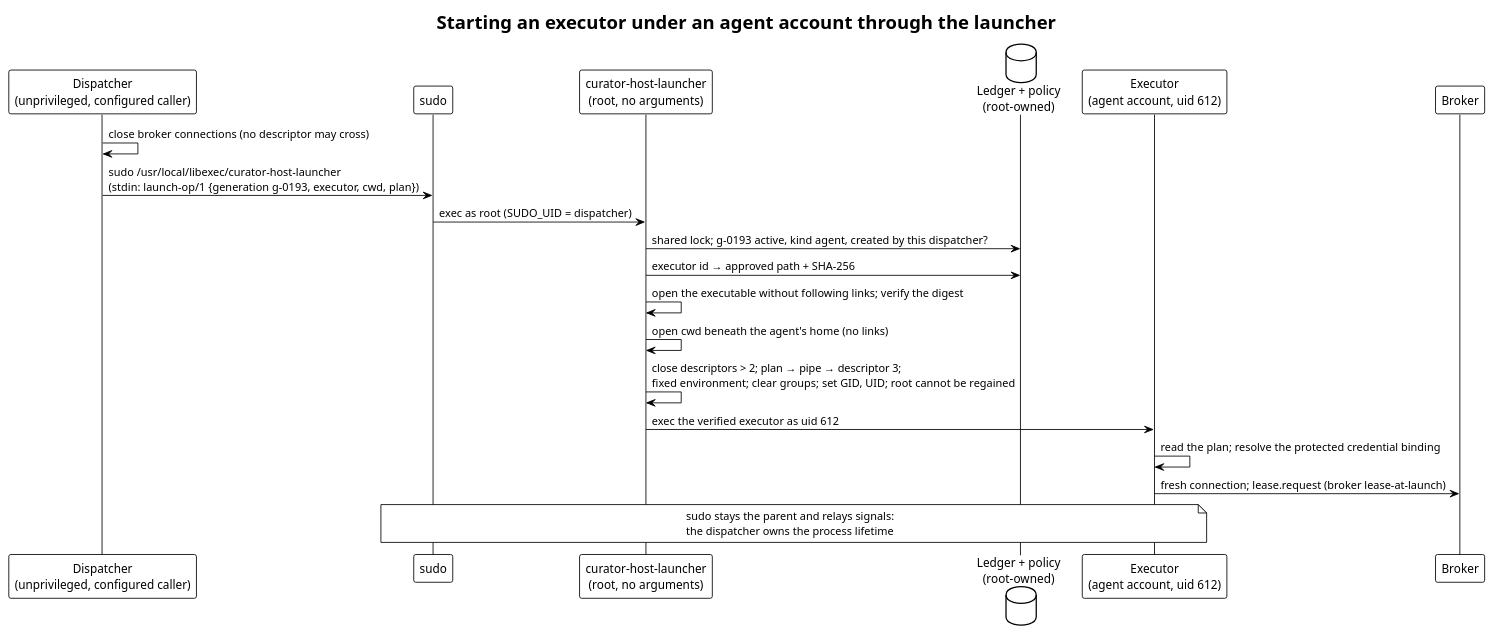
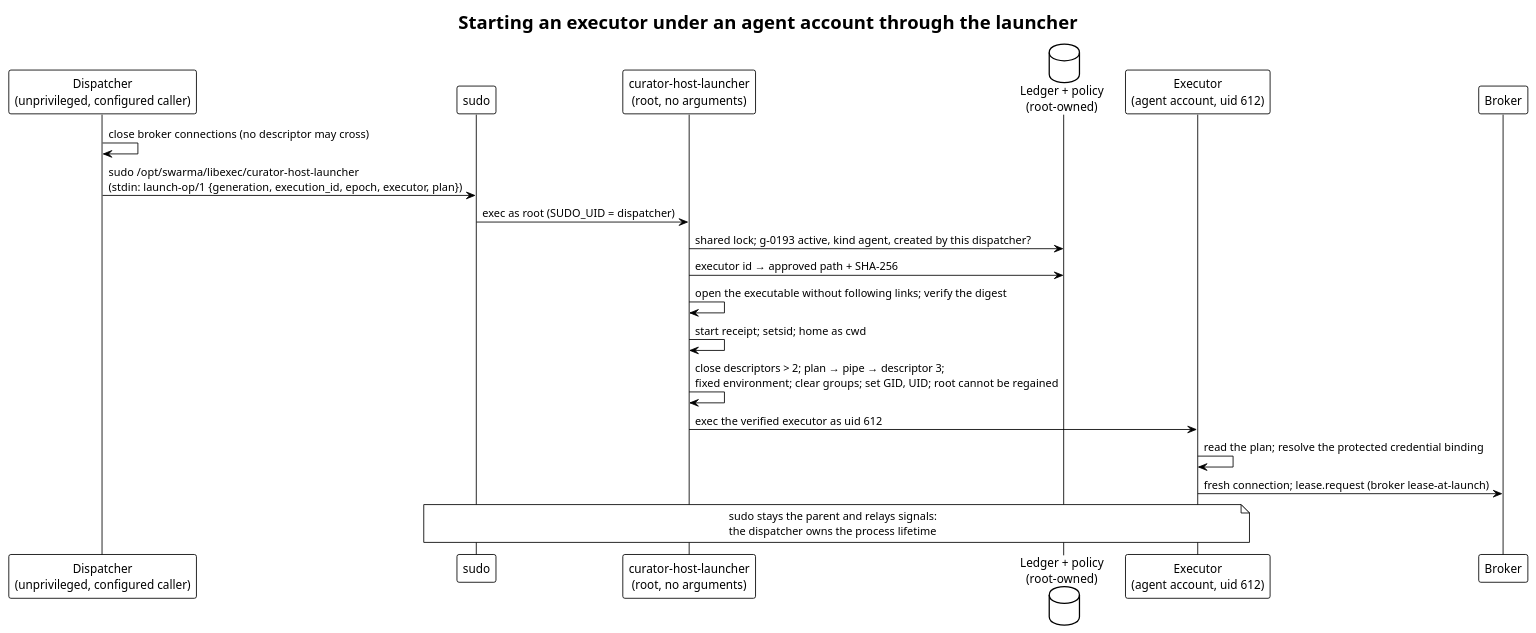
Before and after one commit to relux-works/curator-host-helper: the diagram in diagrams/launch.puml, drawn with PlantUML. The commit also changed 1 other file, not shown here.

Commit message:
Revise the helper (v0.3): /opt/swarma layout, archive policy, round-robin UIDs, exec.stop, start receipts
Owner decisions of 2026-10-10 and the dispatcher review: one platform root with
a fixed layout; account names swarma-<service> and swa-<label> (proposed);
agent UIDs 30000-59999 allocated round-robin with cleanup before reuse; retired
homes archived under configured retention; an authorised stop for one
execution; launcher execution ids, start receipts, the agent home as working
directory and a payload budget.

```diff
--- a/diagrams/launch.puml
+++ b/diagrams/launch.puml
@@ -1,24 +1,24 @@
 @startuml launch
 !theme plain
 title Starting an executor under an agent account through the launcher
 
 participant "Dispatcher\n(unprivileged, configured caller)" as D
 participant "sudo" as S
 participant "curator-host-launcher\n(root, no arguments)" as L
 database "Ledger + policy\n(root-owned)" as R
 participant "Executor\n(agent account, uid 612)" as E
 participant "Broker" as B
 
 D -> D: close broker connections (no descriptor may cross)
-D -> S: sudo /usr/local/libexec/curator-host-launcher\n(stdin: launch-op/1 {generation g-0193, executor, cwd, plan})
+D -> S: sudo /opt/swarma/libexec/curator-host-launcher\n(stdin: launch-op/1 {generation, execution_id, epoch, executor, plan})
 S -> L: exec as root (SUDO_UID = dispatcher)
 L -> R: shared lock; g-0193 active, kind agent, created by this dispatcher?
 L -> R: executor id → approved path + SHA-256
 L -> L: open the executable without following links; verify the digest
-L -> L: open cwd beneath the agent's home (no links)
+L -> L: start receipt; setsid; home as cwd
 L -> L: close descriptors > 2; plan → pipe → descriptor 3;\nfixed environment; clear groups; set GID, UID; root cannot be regained
 L -> E: exec the verified executor as uid 612
 E -> E: read the plan; resolve the protected credential binding
 E -> B: fresh connection; lease.request (broker lease-at-launch)
 note over S, E: sudo stays the parent and relays signals:\nthe dispatcher owns the process lifetime
 @enduml
```
